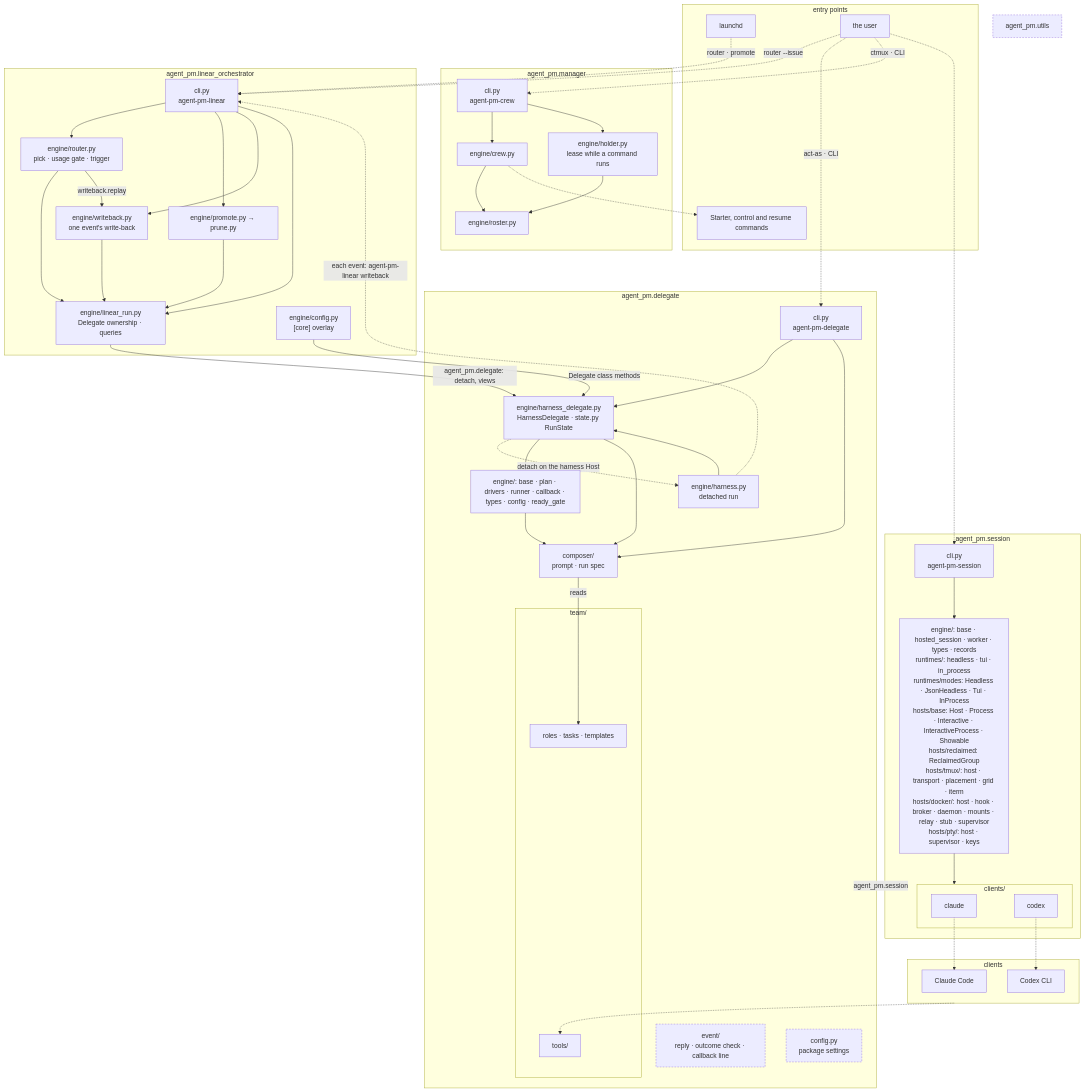
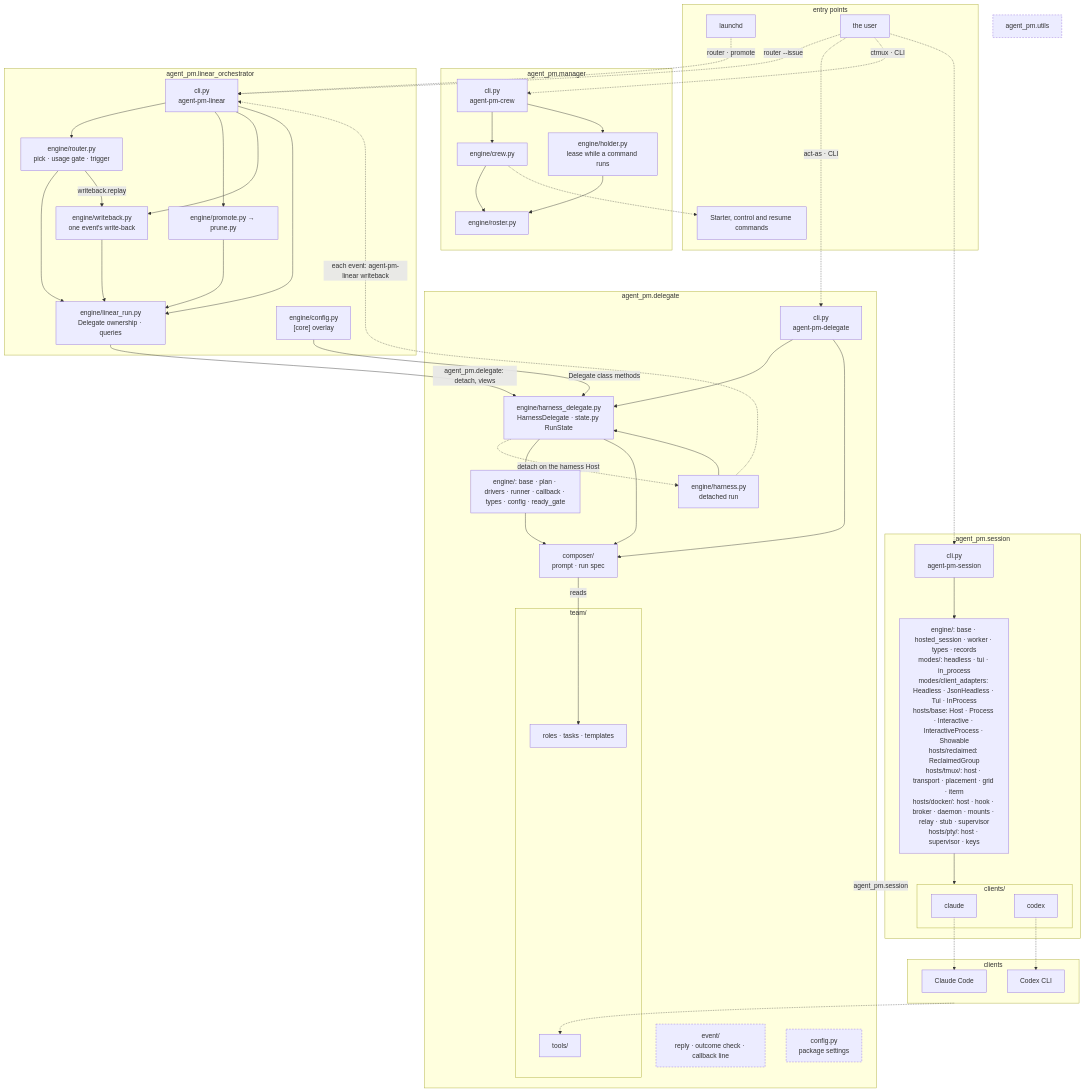
One commit to ophis/agent-pm changed the diagram in docs/architecture.md. Above: the diagram before and after it, drawn with Mermaid. The commit also changed 67 other files, not shown here.

First line of the commit message:
TASK-612: rename session runtimes/ to modes/ and Runtime classes to BaseMode, HeadlessMode, TuiMode, InProcessMode (#373)

````diff
--- a/docs/architecture.md
+++ b/docs/architecture.md
@@ -5,72 +5,72 @@
 ```mermaid
 flowchart TB
   subgraph EN[entry points]
     LD[launchd]
     HU[the user]
     CC[Starter, control and resume commands]
   end
   subgraph MG[agent_pm.manager]
     MC["cli.py<br>agent-pm-crew"] --> W["engine/crew.py"] --> RS["engine/roster.py"]
     MC --> HO["engine/holder.py<br>lease while a command runs"] --> RS
   end
   subgraph LO[agent_pm.linear_orchestrator]
     LCLI["cli.py<br>agent-pm-linear"]
     R["engine/router.py<br>pick · usage gate · trigger"]
     LR["engine/linear_run.py<br>Delegate ownership · queries"]
     WB["engine/writeback.py<br>one event's write-back"]
     PP["engine/promote.py → prune.py"]
     LC["engine/config.py<br>[core] overlay"]
   end
   subgraph DL[agent_pm.delegate]
     D["cli.py<br>agent-pm-delegate"]
     HD["engine/harness_delegate.py<br>HarnessDelegate · state.py RunState"]
     H["engine/harness.py<br>detached run"]
     E["engine/: base · plan · drivers · runner · callback · types · config · ready_gate"]
     C["composer/<br>prompt · run spec"]
     EV["event/<br>reply · outcome check · callback line"]
     CF["config.py<br>package settings"]
     subgraph TM[team/]
       T["roles · tasks · templates"]
       AT[tools/]
     end
   end
   subgraph SE[agent_pm.session]
     SC["cli.py<br>agent-pm-session"]
-    DR["engine/: base · hosted_session · worker · types · records<br>runtimes/: headless · tui · in_process<br>runtimes/modes: Headless · JsonHeadless · Tui · InProcess<br>hosts/base: Host · Process · Interactive · InteractiveProcess · Showable<br>hosts/reclaimed: ReclaimedGroup<br>hosts/tmux/: host · transport · placement · grid · iterm<br>hosts/docker/: host · hook · broker · daemon · mounts · relay · stub · supervisor<br>hosts/pty/: host · supervisor · keys"]
+    DR["engine/: base · hosted_session · worker · types · records<br>modes/: headless · tui · in_process<br>modes/client_adapters: Headless · JsonHeadless · Tui · InProcess<br>hosts/base: Host · Process · Interactive · InteractiveProcess · Showable<br>hosts/reclaimed: ReclaimedGroup<br>hosts/tmux/: host · transport · placement · grid · iterm<br>hosts/docker/: host · hook · broker · daemon · mounts · relay · stub · supervisor<br>hosts/pty/: host · supervisor · keys"]
     subgraph AD[clients/]
       CL[claude]
       CX[codex]
     end
   end
   U[agent_pm.utils]
   subgraph RT[clients]
     P1[Claude Code]
     P2[Codex CLI]
   end
   LD -.->|"router · promote"| LCLI
   HU -.->|"router --issue"| LCLI
   HU -.->|"act-as · CLI"| D
   HU -.->|"ctmux · CLI"| MC
   HU -.-> SC
   SC --> DR
   LCLI --> R & PP & WB & LR
   R & PP & WB --> LR
   R -->|"writeback.replay"| WB
   LR -->|"agent_pm.delegate: detach, views"| HD
   H -.->|"each event: agent-pm-linear writeback"| LCLI
   LC -->|"Delegate class methods"| HD
   W -.-> CC
   D & H --> HD
   D --> C
   HD -.->|"detach on the harness Host"| H
   HD --> E & C
   E --> C
   DL -->|agent_pm.session| SE
   C -->|reads| T
   DR --> AD
   CL -.-> P1
   CX -.-> P2
   RT -.-> AT
   classDef shared stroke-dasharray: 4 3
   class EV,U,CF shared
 ```
````
